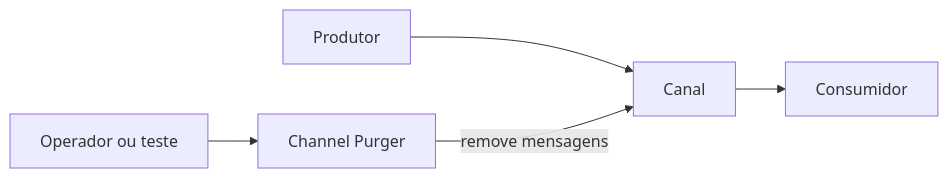
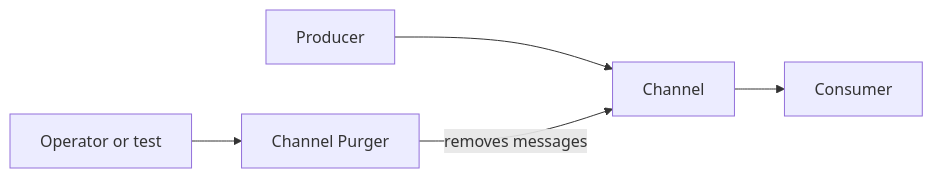
The diagram in docs/architecture/eip/system-management/channel-purger.md (alancesar/design-patterns), drawn with Mermaid before and after one commit. The commit also changed 258 other files, not shown here.

First line of the commit message:
Translate Mermaid diagrams to English

````diff
--- a/docs/architecture/eip/system-management/channel-purger.md
+++ b/docs/architecture/eip/system-management/channel-purger.md
@@ -52,7 +52,7 @@
 ```mermaid
 flowchart LR
-    P["Produtor"] --> C["Canal"]
-    C --> D["Consumidor"]
-    Op["Operador ou teste"] --> U["Channel Purger"]
-    U -- "remove mensagens" --> C
+    P["Producer"] --> C["Channel"]
+    C --> D["Consumer"]
+    Op["Operator or test"] --> U["Channel Purger"]
+    U -- "removes messages" --> C
 ```
````
